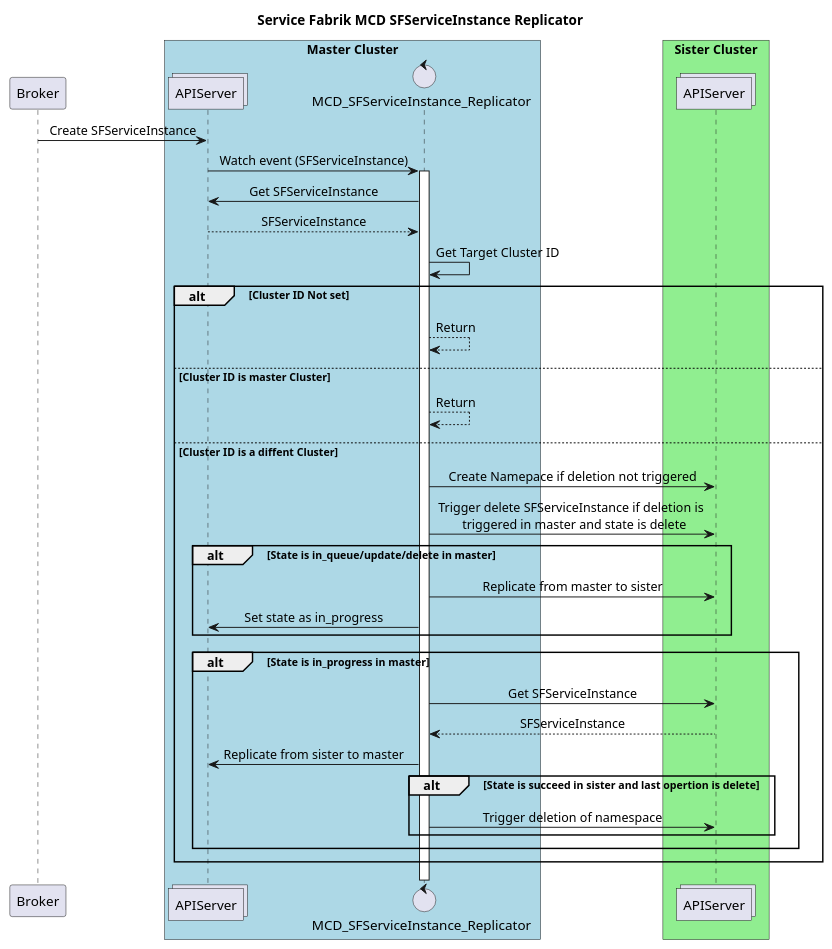
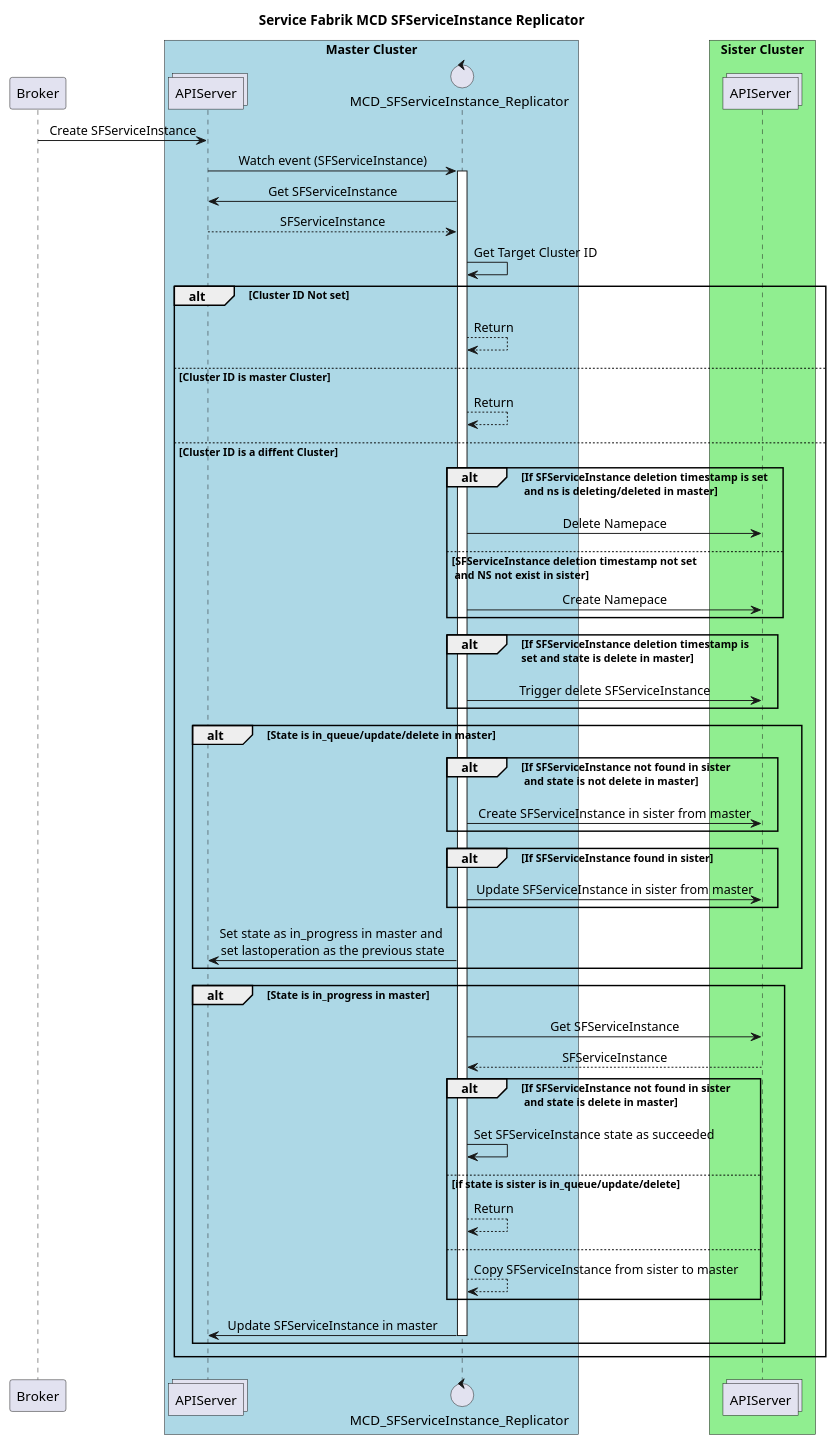
Before and after one commit to cloudfoundry/service-fabrik-broker: the diagram in docs/mcd_instancereplicator.wsd, drawn with PlantUML. The commit also changed 3 other files, not shown here.

First line of the commit message:
Update Flow Diagrams

```diff
--- a/docs/mcd_instancereplicator.wsd
+++ b/docs/mcd_instancereplicator.wsd
@@ -1,48 +1,62 @@
 @startuml
 !pragma teoz true
 skinparam monochrome false
 skinparam sequenceMessageAlign center
 skinparam handwritten false
 skinparam BoxPadding 30
 autoactivate off
 
 title Service Fabrik MCD SFServiceInstance Replicator 
 
 participant Broker
 box "Master Cluster" #LightBlue
     collections APIServer
     control MCD_SFServiceInstance_Replicator
 end box
 box "Sister Cluster" #lightgreen
     collections APIServer as APIServer2
 end box
 
 Broker -> APIServer : Create SFServiceInstance
 APIServer -> MCD_SFServiceInstance_Replicator ++: Watch event (SFServiceInstance)
 MCD_SFServiceInstance_Replicator -> APIServer : Get SFServiceInstance
 APIServer --> MCD_SFServiceInstance_Replicator : SFServiceInstance
 MCD_SFServiceInstance_Replicator -> MCD_SFServiceInstance_Replicator : Get Target Cluster ID
 
 alt #transparent Cluster ID Not set
     MCD_SFServiceInstance_Replicator --> MCD_SFServiceInstance_Replicator : Return
 else Cluster ID is master Cluster
     MCD_SFServiceInstance_Replicator --> MCD_SFServiceInstance_Replicator : Return
 else Cluster ID is a diffent Cluster
-    MCD_SFServiceInstance_Replicator -> APIServer2 : Create Namepace if deletion not triggered
-    MCD_SFServiceInstance_Replicator -> APIServer2 : Trigger delete SFServiceInstance if deletion is \n triggered in master and state is delete
+    alt #transparent If SFServiceInstance deletion timestamp is set\n and ns is deleting/deleted in master
+        MCD_SFServiceInstance_Replicator -> APIServer2 : Delete Namepace
+    else SFServiceInstance deletion timestamp not set\n and NS not exist in sister
+        MCD_SFServiceInstance_Replicator -> APIServer2 : Create Namepace
+    end
+    alt #transparent If SFServiceInstance deletion timestamp is \nset and state is delete in master
+        MCD_SFServiceInstance_Replicator -> APIServer2 : Trigger delete SFServiceInstance
+    end
     alt #transparent State is in_queue/update/delete in master
-        MCD_SFServiceInstance_Replicator -> APIServer2 : Replicate from master to sister
-        MCD_SFServiceInstance_Replicator -> APIServer : Set state as in_progress
+        alt #transparent If SFServiceInstance not found in sister\n and state is not delete in master
+            MCD_SFServiceInstance_Replicator -> APIServer2 : Create SFServiceInstance in sister from master
+        end
+        alt #transparent If SFServiceInstance found in sister
+            MCD_SFServiceInstance_Replicator -> APIServer2 : Update SFServiceInstance in sister from master
+        end
+        MCD_SFServiceInstance_Replicator -> APIServer : Set state as in_progress in master and \nset lastoperation as the previous state
     end
     alt #transparent State is in_progress in master
         MCD_SFServiceInstance_Replicator -> APIServer2 : Get SFServiceInstance
         APIServer2 --> MCD_SFServiceInstance_Replicator : SFServiceInstance
-        MCD_SFServiceInstance_Replicator -> APIServer : Replicate from sister to master
-
-        alt #transparent State is succeed in sister and last opertion is delete
-            MCD_SFServiceInstance_Replicator -> APIServer2 : Trigger deletion of namespace
+        alt #transparent If SFServiceInstance not found in sister\n and state is delete in master
+            MCD_SFServiceInstance_Replicator -> MCD_SFServiceInstance_Replicator : Set SFServiceInstance state as succeeded
+        else if state is sister is in_queue/update/delete
+            MCD_SFServiceInstance_Replicator --> MCD_SFServiceInstance_Replicator : Return
+        else
+            MCD_SFServiceInstance_Replicator --> MCD_SFServiceInstance_Replicator : Copy SFServiceInstance from sister to master
         end
+        MCD_SFServiceInstance_Replicator -> APIServer --: Update SFServiceInstance in master
     end
 end
 deactivate MCD_SFServiceInstance_Replicator
 @enduml
```
